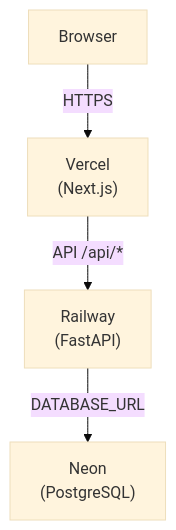
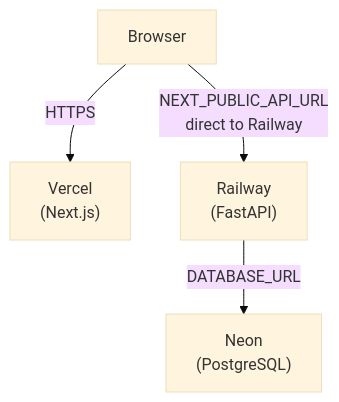
The diagram in README.md (bigmikecreates/getdomus_team_task_manager), drawn with Mermaid (base theme) before and after one commit. The commit also changed other lines of this file and 5 other files, not shown here.

````diff
--- a/README.md
+++ b/README.md
@@ -43,11 +44,11 @@
 ```mermaid
 graph TB
     Browser["Browser"]
     Vercel["Vercel<br/>(Next.js)"]
     Railway["Railway<br/>(FastAPI)"]
     Neon["Neon<br/>(PostgreSQL)"]
 
     Browser -->|"HTTPS"| Vercel
-    Vercel -->|"API /api/*"| Railway
+    Browser -->|"NEXT_PUBLIC_API_URL<br/>direct to Railway"| Railway
     Railway -->|"DATABASE_URL"| Neon
 ```
````
